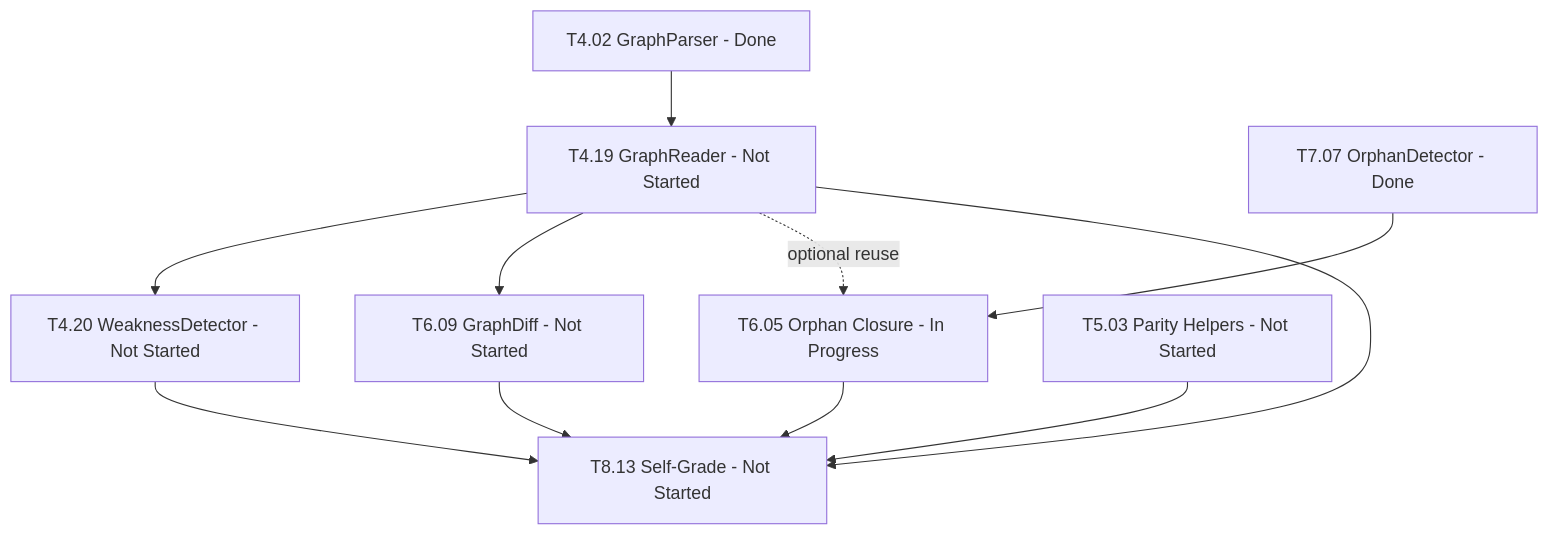
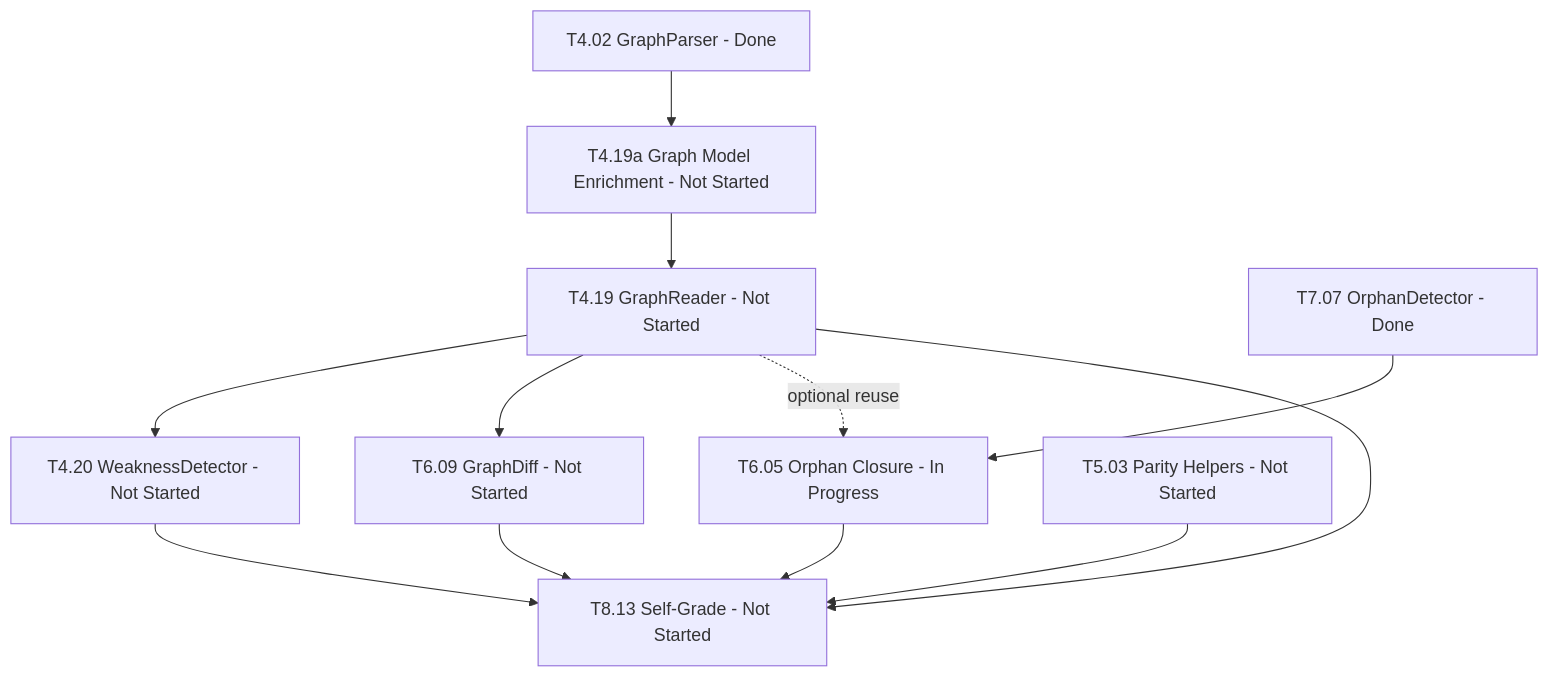
Before and after one commit to Us5rName/ai-orchestration-ex4-finding-bugs: the third of 3 diagrams in docs/TODO.md, drawn with Mermaid. The commit also changed other lines of this file and 17 other files, not shown here.

Commit message:
[DOCS] Reconcile graph-model and remaining-task contracts

````diff
--- a/docs/TODO.md
+++ b/docs/TODO.md
@@ -2531,16 +2583,17 @@
 ```mermaid
 graph TD
     T402[T4.02 GraphParser - Done]
-    T402 --> T419[T4.19 GraphReader - Not Started]
+    T402 --> T419a[T4.19a Graph Model Enrichment - Not Started]
+    T419a --> T419[T4.19 GraphReader - Not Started]
     T419 --> T420[T4.20 WeaknessDetector - Not Started]
     T419 --> T609[T6.09 GraphDiff - Not Started]
     T707[T7.07 OrphanDetector - Done]
     T707 --> T605[T6.05 Orphan Closure - In Progress]
     T419 -.->|optional reuse| T605
     T503[T5.03 Parity Helpers - Not Started]
     T419 --> T813[T8.13 Self-Grade - Not Started]
     T503 --> T813
     T420 --> T813
     T605 --> T813
     T609 --> T813
 ```
````
